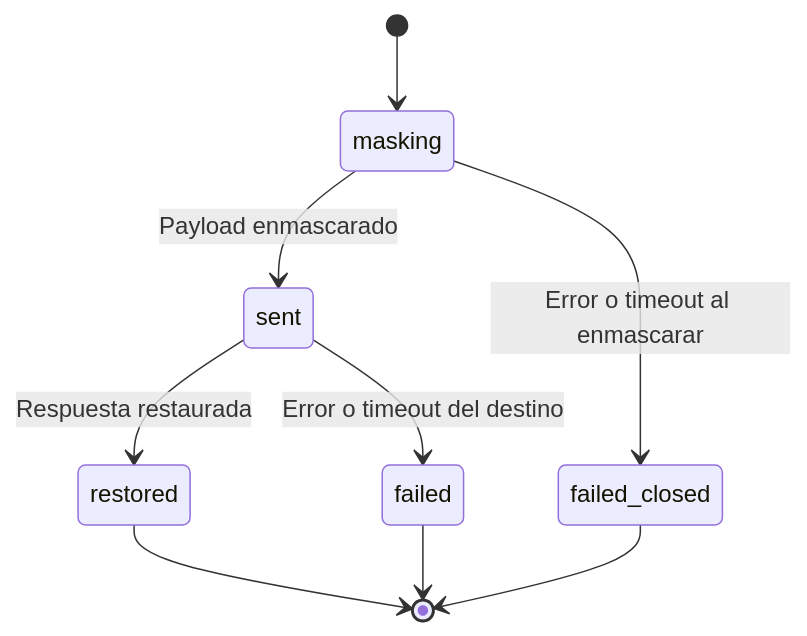
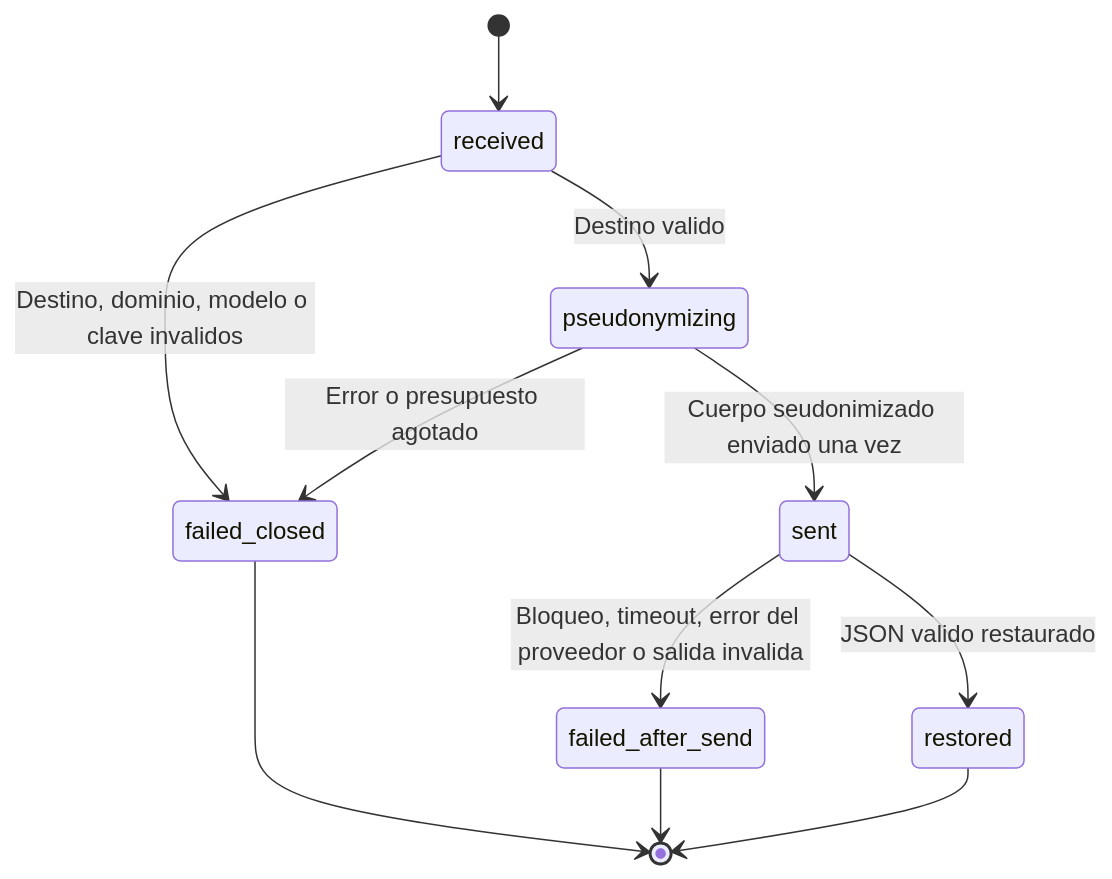
Before and after one commit to freyesJaveriana/tai: the second of 4 diagrams in aidlc/spaces/default/intents/261002-veridicus-mvp/construction/anonymizer/functional-design/functional-spec.md, drawn with Mermaid. The commit also changed other lines of this file and 10 other files, not shown here.

````diff
--- a/aidlc/spaces/default/intents/261002-veridicus-mvp/construction/anonymizer/functional-design/functional-spec.md
+++ b/aidlc/spaces/default/intents/261002-veridicus-mvp/construction/anonymizer/functional-design/functional-spec.md
@@ -70,11 +256,13 @@
 ```mermaid
 stateDiagram-v2
-  [*] --> masking
-  masking --> failed_closed: Error o timeout al enmascarar
-  masking --> sent: Payload enmascarado
-  sent --> failed: Error o timeout del destino
-  sent --> restored: Respuesta restaurada
+  [*] --> received
+  received --> failed_closed: Destino, dominio, modelo o clave invalidos
+  received --> pseudonymizing: Destino valido
+  pseudonymizing --> failed_closed: Error o presupuesto agotado
+  pseudonymizing --> sent: Cuerpo seudonimizado enviado una vez
+  sent --> failed_after_send: Bloqueo, timeout, error del proveedor o salida invalida
+  sent --> restored: JSON valido restaurado
   restored --> [*]
-  failed --> [*]
+  failed_after_send --> [*]
   failed_closed --> [*]
 ```
````
